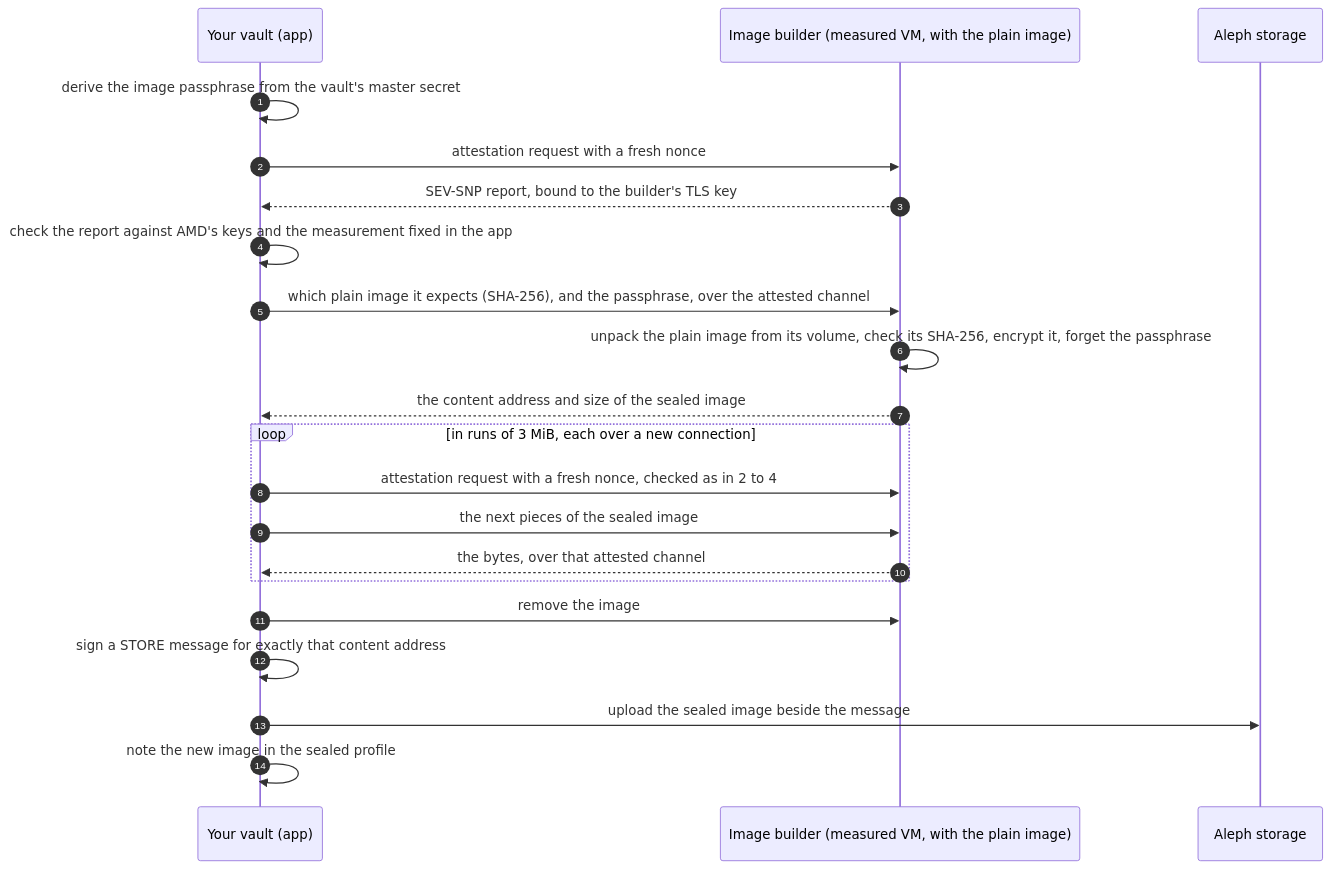
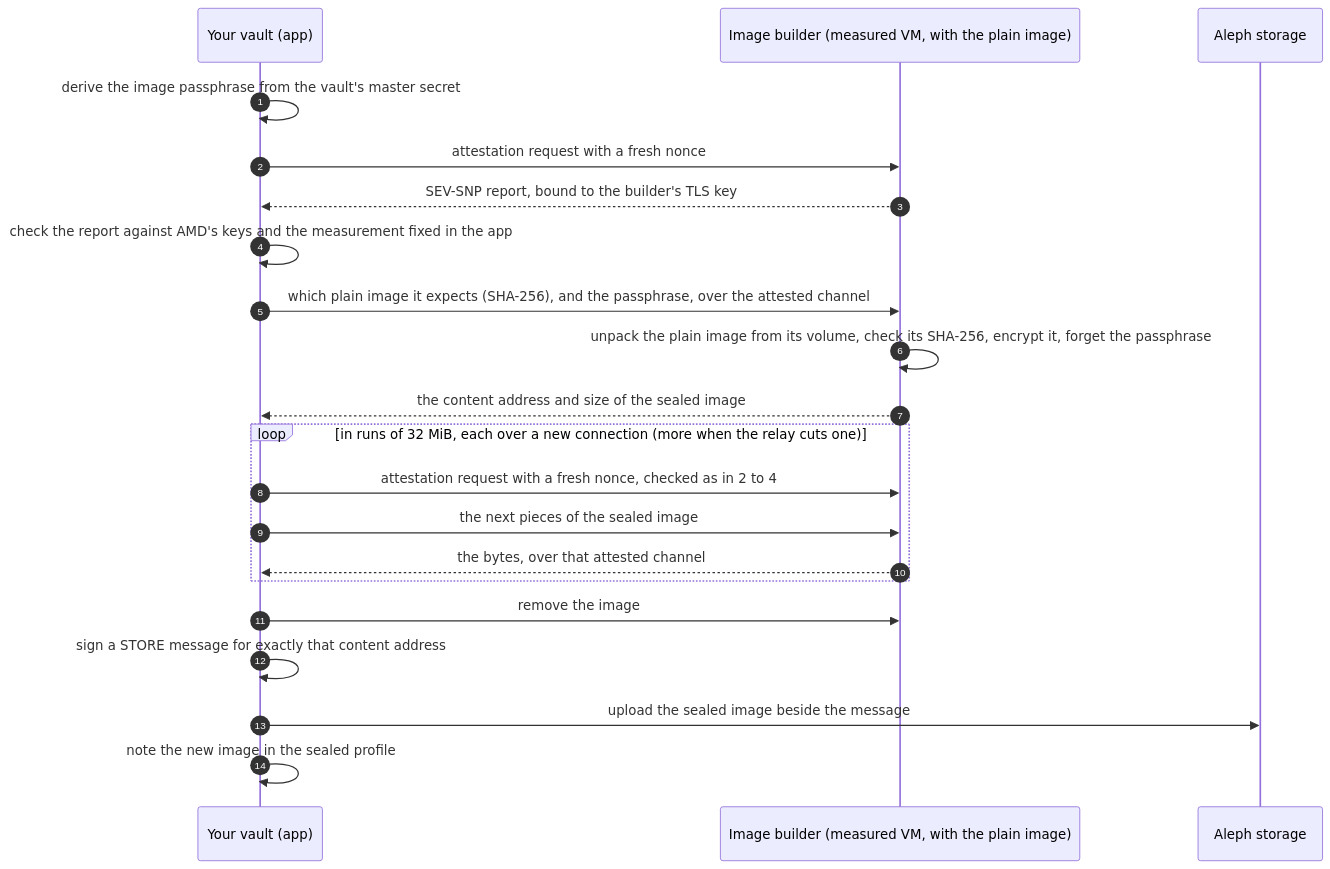
Before and after one commit to Le-Space/paperless-anywhere: the first of 2 diagrams in docs/own-image.md, drawn with Mermaid. The commit also changed other lines of this file and 2 other files, not shown here.

First line of the commit message:
feat(app): fetch the sealed image in runs of 32 MiB

````diff
--- a/docs/own-image.md
+++ b/docs/own-image.md
@@ -36,23 +36,23 @@
 ```mermaid
 sequenceDiagram
     autonumber
     participant V as Your vault (app)
     participant B as Image builder (measured VM, with the plain image)
     participant A as Aleph storage
     V->>V: derive the image passphrase from the vault's master secret
     V->>B: attestation request with a fresh nonce
     B-->>V: SEV-SNP report, bound to the builder's TLS key
     V->>V: check the report against AMD's keys and the measurement fixed in the app
     V->>B: which plain image it expects (SHA-256), and the passphrase, over the attested channel
     B->>B: unpack the plain image from its volume, check its SHA-256, encrypt it, forget the passphrase
     B-->>V: the content address and size of the sealed image
-    loop in runs of 3 MiB, each over a new connection
+    loop in runs of 32 MiB, each over a new connection (more when the relay cuts one)
         V->>B: attestation request with a fresh nonce, checked as in 2 to 4
         V->>B: the next pieces of the sealed image
         B-->>V: the bytes, over that attested channel
     end
     V->>B: remove the image
     V->>V: sign a STORE message for exactly that content address
     V->>A: upload the sealed image beside the message
     V->>V: note the new image in the sealed profile
 ```
````
